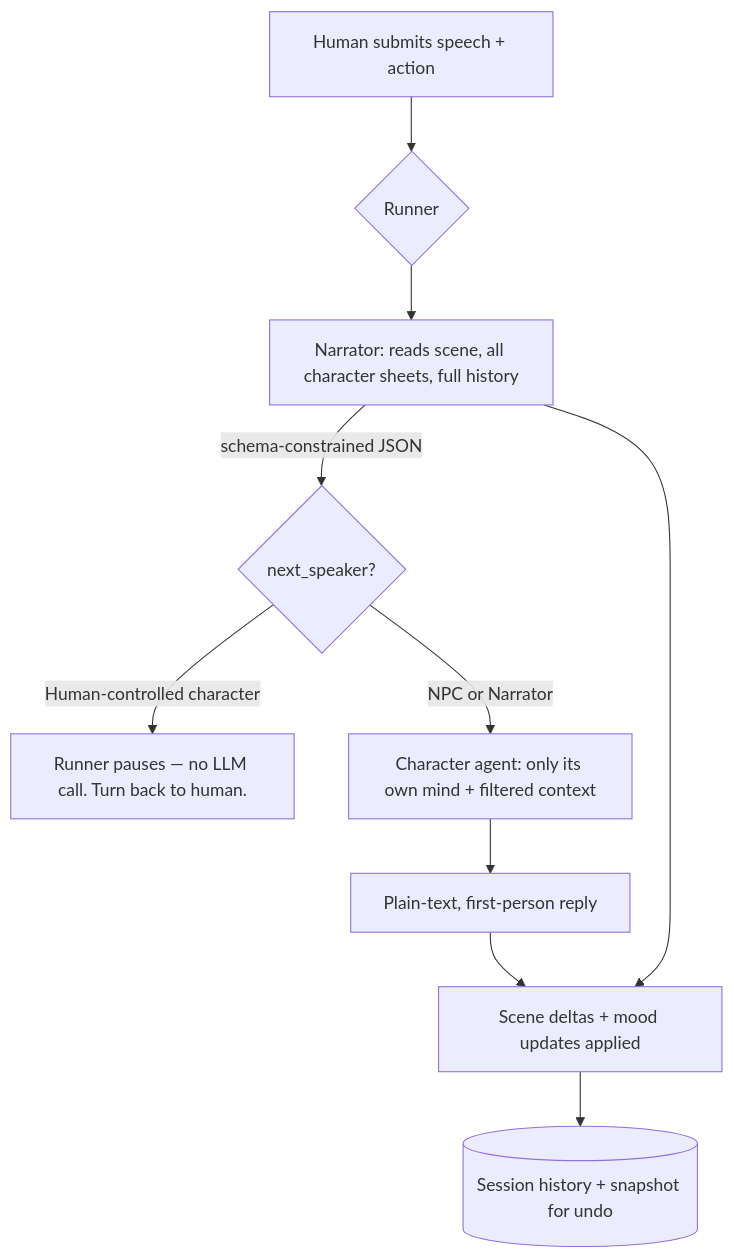
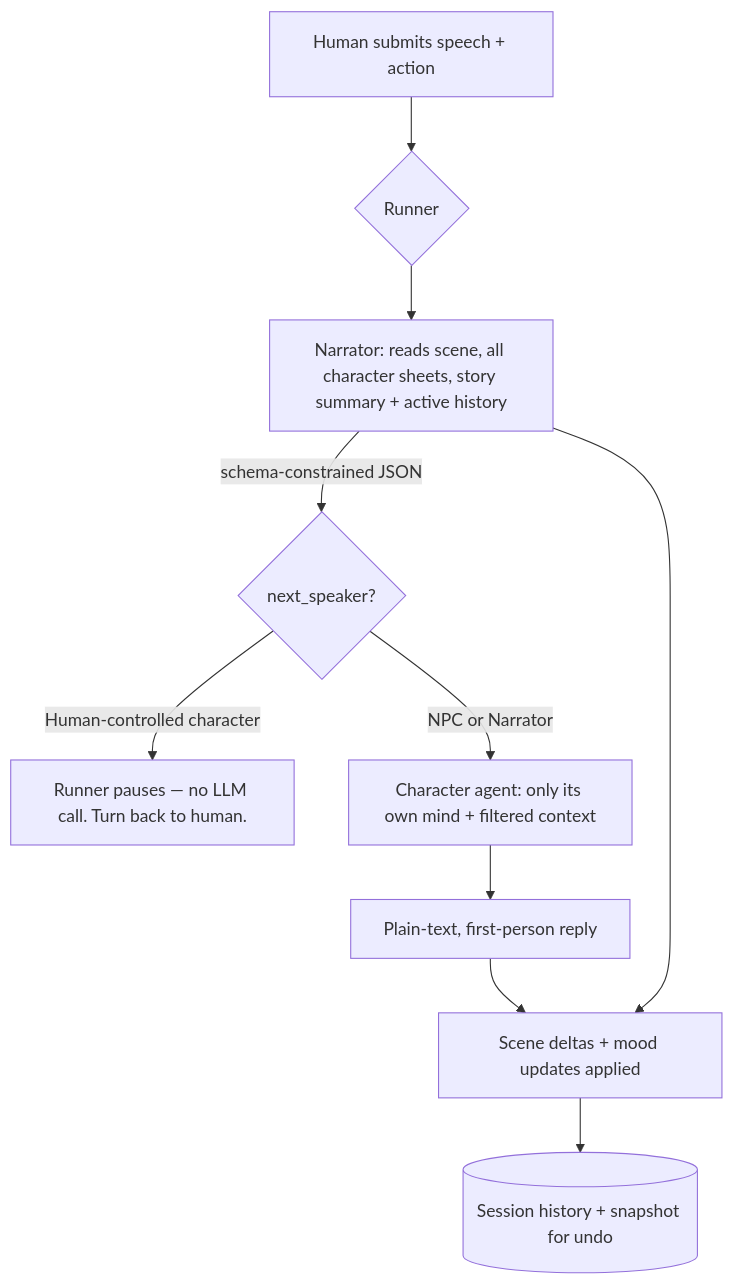
One commit to al4xdev/alex-tavern changed the diagram in README.md. Above: the diagram before and after it, drawn with Mermaid. The commit also changed other lines of this file and 1 other file, not shown here.

````diff
--- a/README.md
+++ b/README.md
@@ -67,12 +67,12 @@
 ```mermaid
 graph TD
     A[Human submits speech + action] --> B{Runner}
-    B --> C[Narrator: reads scene, all character sheets, full history]
+    B --> C[Narrator: reads scene, all character sheets, story summary + active history]
     C -->|"schema-constrained JSON"| D{next_speaker?}
     D -->|Human-controlled character| E[Runner pauses — no LLM call. Turn back to human.]
     D -->|NPC or Narrator| F[Character agent: only its own mind + filtered context]
     F --> G[Plain-text, first-person reply]
     C --> H[Scene deltas + mood updates applied]
     G --> H
     H --> I[(Session history + snapshot for undo)]
 ```
````
